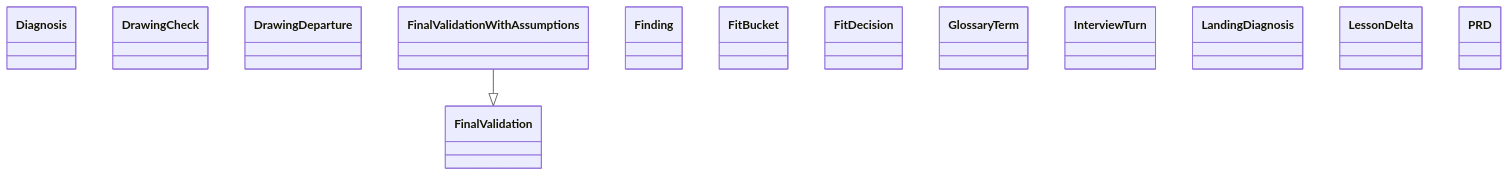
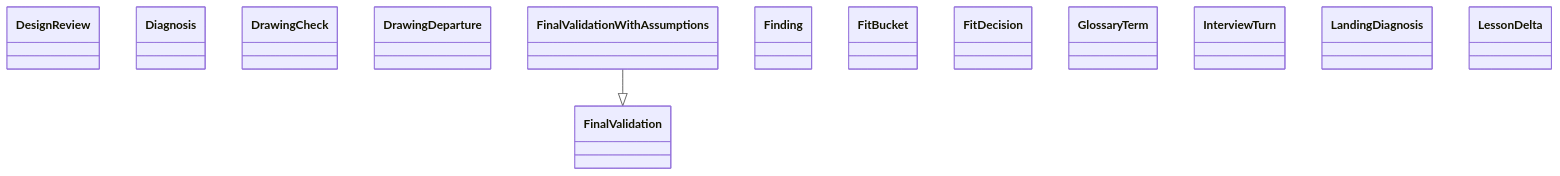
Before and after one commit to GonzaloZevallos/agentic-system: the diagram in docs/architecture/generated/classes-process-domain-roles-3.md, drawn with Mermaid. The commit also changed other lines of this file and 9 other files, not shown here.

Commit message:
Regenerate the architecture pages for DepartureAnswer and DrawingEscalation

````diff
--- a/docs/architecture/generated/classes-process-domain-roles-3.md
+++ b/docs/architecture/generated/classes-process-domain-roles-3.md
@@ -29,17 +29,17 @@
 ```mermaid
 classDiagram
+    class schemas__DesignReview["DesignReview"]
     class schemas__Diagnosis["Diagnosis"]
     class schemas__DrawingCheck["DrawingCheck"]
     class schemas__DrawingDeparture["DrawingDeparture"]
     class schemas__FinalValidation["FinalValidation"]
     class schemas__FinalValidationWithAssumptions["FinalValidationWithAssumptions"]
     class schemas__Finding["Finding"]
     class schemas__FitBucket["FitBucket"]
     class schemas__FitDecision["FitDecision"]
     class schemas__GlossaryTerm["GlossaryTerm"]
     class schemas__InterviewTurn["InterviewTurn"]
     class schemas__LandingDiagnosis["LandingDiagnosis"]
     class schemas__LessonDelta["LessonDelta"]
-    class schemas__PRD["PRD"]
     schemas__FinalValidationWithAssumptions --|> schemas__FinalValidation
 ```
````
